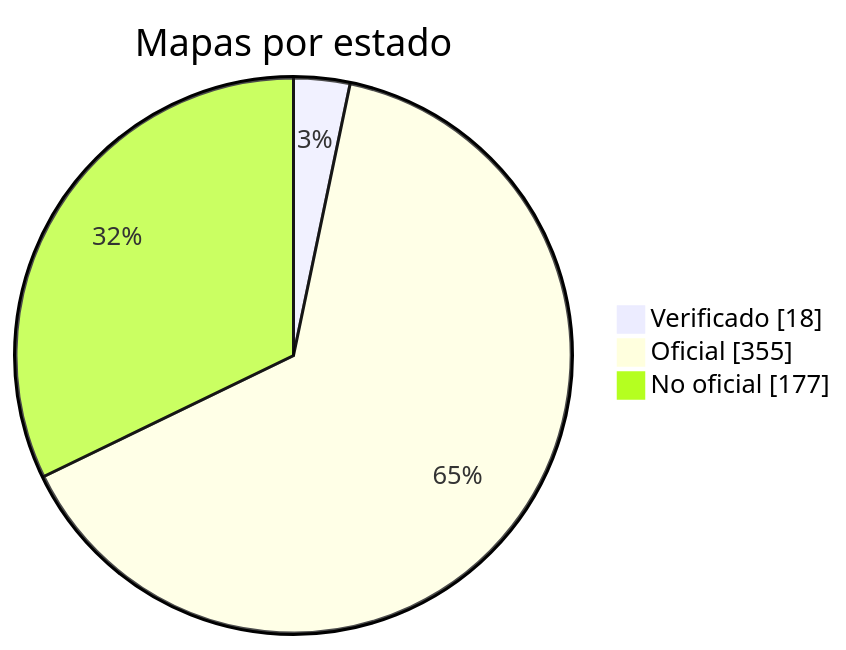
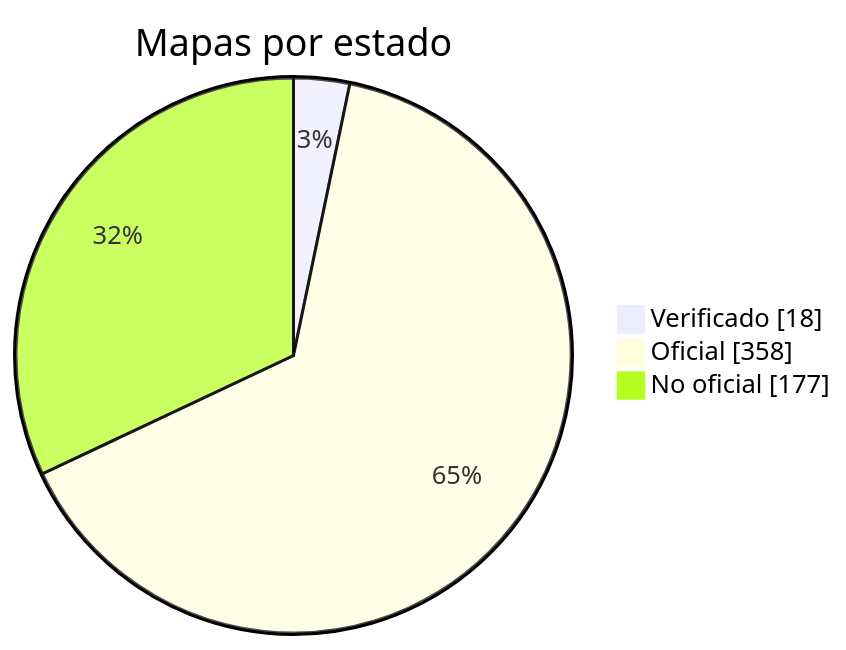
One commit to nobrega8/mbmap-library changed the diagram in docs/readme/README_ES.md. Above: the diagram before and after it, drawn with Mermaid. The commit also changed 8 other files, not shown here.

````diff
--- a/docs/readme/README_ES.md
+++ b/docs/readme/README_ES.md
@@ -54,7 +54,7 @@
 ```mermaid
 pie showData
     title Mapas por estado
     "Verificado" : 18
-    "Oficial" : 355
+    "Oficial" : 358
     "No oficial" : 177
 ```
````
